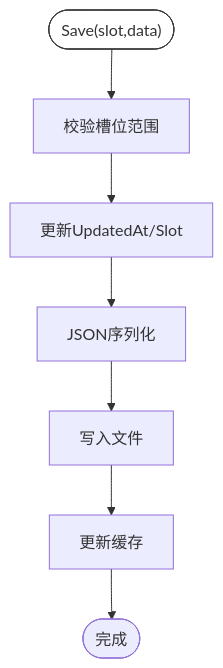
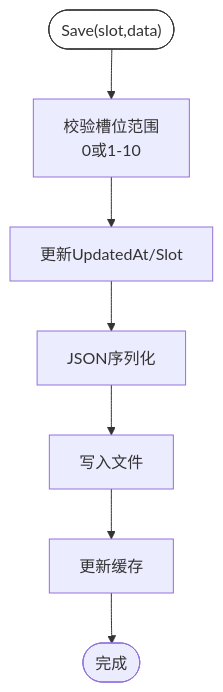
One commit to zwh8800/cdnd changed the third of 9 diagrams in .qoder/repowiki/zh/content/存档系统.md. Above: the diagram before and after it, drawn with Mermaid. The commit also changed other lines of this file and 23 other files, not shown here.

````diff
--- a/.qoder/repowiki/zh/content/存档系统.md
+++ b/.qoder/repowiki/zh/content/存档系统.md
@@ -165,10 +195,10 @@
 ```mermaid
 flowchart TD
-Start(["Save(slot,data)"]) --> CheckSlot["校验槽位范围"]
+Start(["Save(slot,data)"]) --> CheckSlot["校验槽位范围<br/>0或1-10"]
 CheckSlot --> UpdateTS["更新UpdatedAt/Slot"]
 UpdateTS --> Serialize["JSON序列化"]
 Serialize --> WriteFile["写入文件"]
 WriteFile --> Cache["更新缓存"]
 Cache --> End(["完成"])
 style Start fill:#fff,stroke:#333
 ```
````
